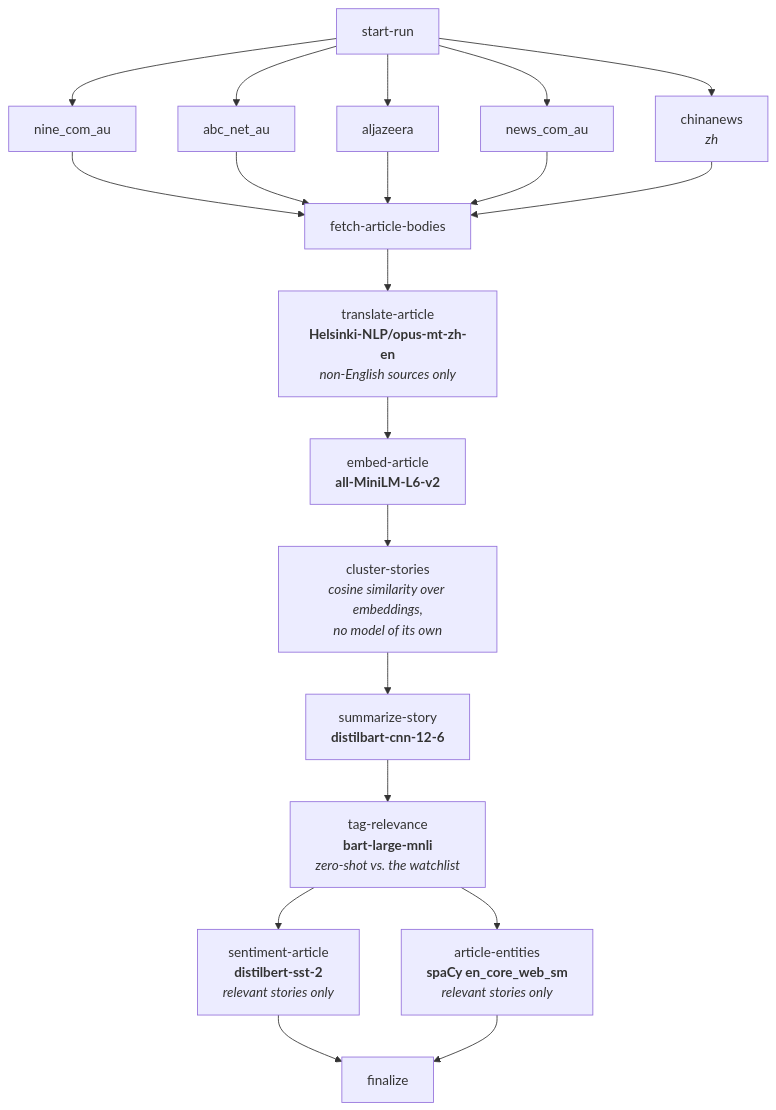
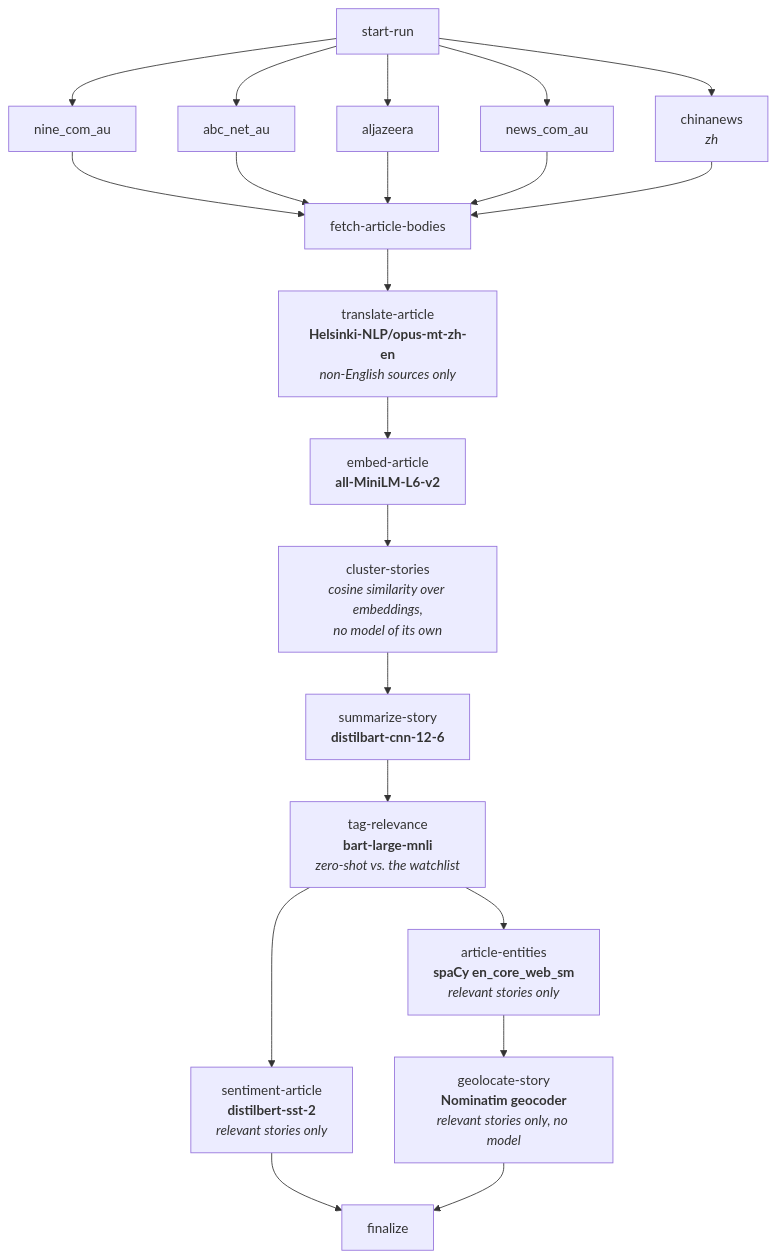
Before and after one commit to HGranger77/myopic: the diagram in README.md, drawn with Mermaid. The commit also changed other lines of this file and 1 other file, not shown here.

Commit message:
Update README DAG diagram and docs for geolocate-story

````diff
--- a/README.md
+++ b/README.md
@@ -38,26 +38,27 @@
 ```mermaid
 flowchart TD
     SR[start-run]
 
     D1[nine_com_au]
     D2[abc_net_au]
     D3[aljazeera]
     D4[news_com_au]
     D5["chinanews<br/><i>zh</i>"]
 
     FAB[fetch-article-bodies]
     TA["translate-article<br/><b>Helsinki-NLP/opus-mt-zh-en</b><br/><i>non-English sources only</i>"]
     EA["embed-article<br/><b>all-MiniLM-L6-v2</b>"]
     CS["cluster-stories<br/><i>cosine similarity over embeddings,<br/>no model of its own</i>"]
     SS["summarize-story<br/><b>distilbart-cnn-12-6</b>"]
     TR["tag-relevance<br/><b>bart-large-mnli</b><br/><i>zero-shot vs. the watchlist</i>"]
     SA["sentiment-article<br/><b>distilbert-sst-2</b><br/><i>relevant stories only</i>"]
     ART["article-entities<br/><b>spaCy en_core_web_sm</b><br/><i>relevant stories only</i>"]
+    GS["geolocate-story<br/><b>Nominatim geocoder</b><br/><i>relevant stories only, no model</i>"]
     FIN[finalize]
 
     SR --> D1 & D2 & D3 & D4 & D5
     D1 & D2 & D3 & D4 & D5 --> FAB
     FAB --> TA --> EA --> CS --> SS --> TR
     TR --> SA --> FIN
-    TR --> ART --> FIN
+    TR --> ART --> GS --> FIN
 ```
````
